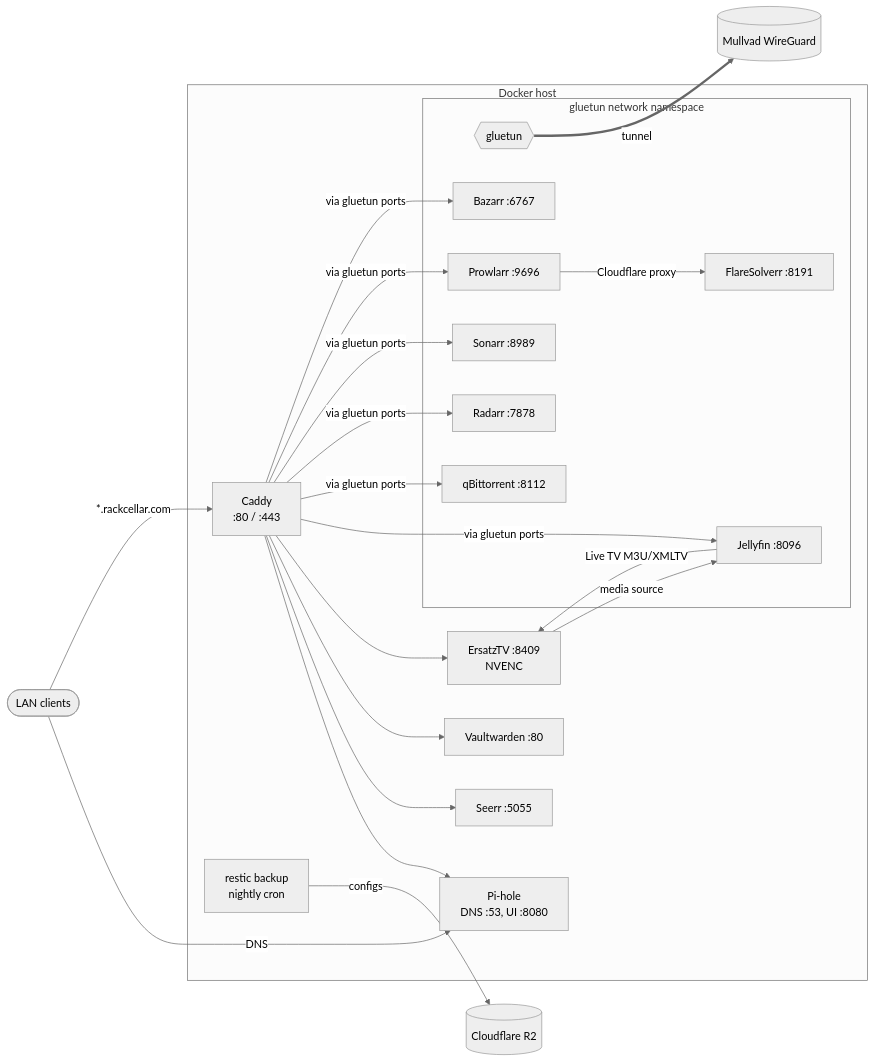
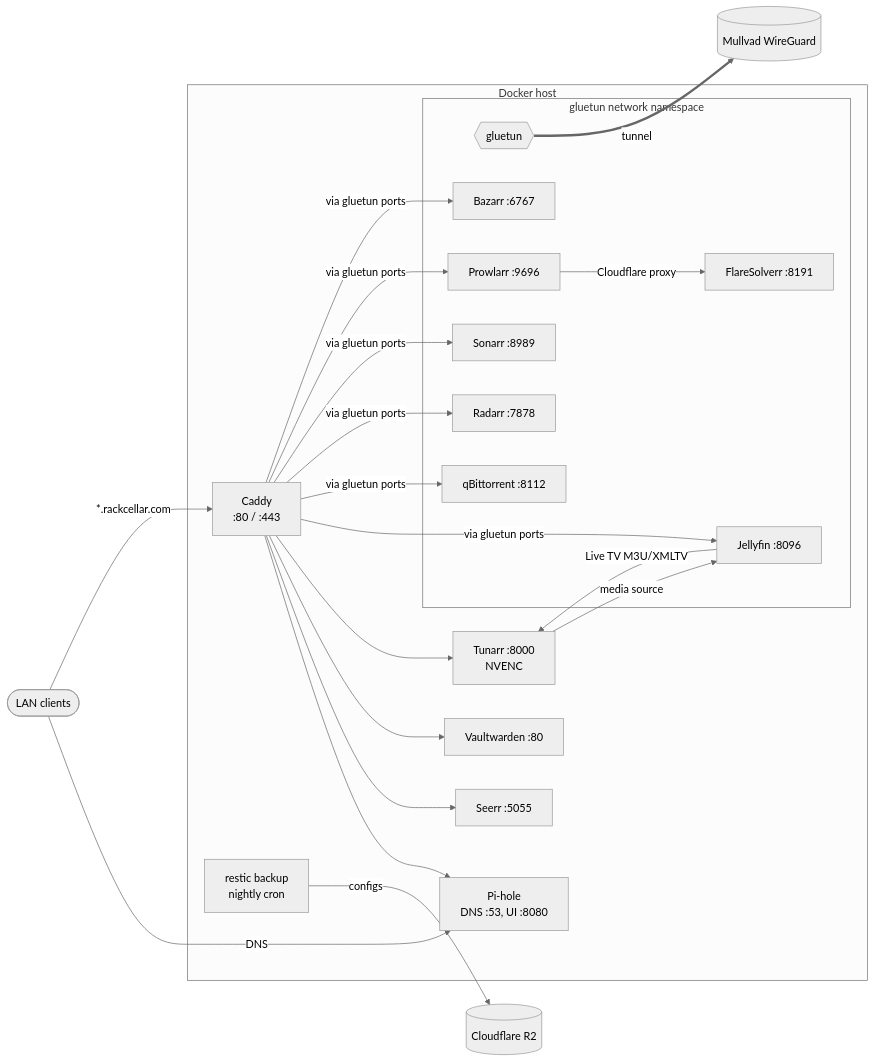
One commit to jonnynabors/docker changed the diagram in README.md. Above: the diagram before and after it, drawn with Mermaid (neutral theme). The commit also changed other lines of this file and 2 other files, not shown here.

Commit message:
drop ersatztv

````diff
--- a/README.md
+++ b/README.md
@@ -7,39 +7,39 @@
 ```mermaid
 flowchart LR
     LAN([LAN clients])
     Mullvad[(Mullvad WireGuard)]
     R2[(Cloudflare R2)]
 
     subgraph host[Docker host]
         pihole[Pi-hole<br/>DNS :53, UI :8080]
         caddy[Caddy<br/>:80 / :443]
         seerr[Seerr :5055]
         vault[Vaultwarden :80]
-        ersatztv[ErsatzTV :8409<br/>NVENC]
+        tunarr[Tunarr :8000<br/>NVENC]
         backup[restic backup<br/>nightly cron]
 
         subgraph vpn[gluetun network namespace]
             gluetun{{gluetun}}
             jellyfin[Jellyfin :8096]
             qbit[qBittorrent :8112]
             radarr[Radarr :7878]
             sonarr[Sonarr :8989]
             prowlarr[Prowlarr :9696]
             flaresolverr[FlareSolverr :8191]
             bazarr[Bazarr :6767]
         end
     end
 
     LAN -- DNS --> pihole
     LAN -- "*.rackcellar.com" --> caddy
     caddy --> pihole
     caddy --> seerr
     caddy --> vault
-    caddy --> ersatztv
-    jellyfin -- Live TV M3U/XMLTV --> ersatztv
-    ersatztv -- media source --> jellyfin
+    caddy --> tunarr
+    jellyfin -- Live TV M3U/XMLTV --> tunarr
+    tunarr -- media source --> jellyfin
     prowlarr -- Cloudflare proxy --> flaresolverr
     backup -- configs --> R2
     caddy -- via gluetun ports --> jellyfin & qbit & radarr & sonarr & prowlarr & bazarr
     gluetun == tunnel ==> Mullvad
 ```
````
